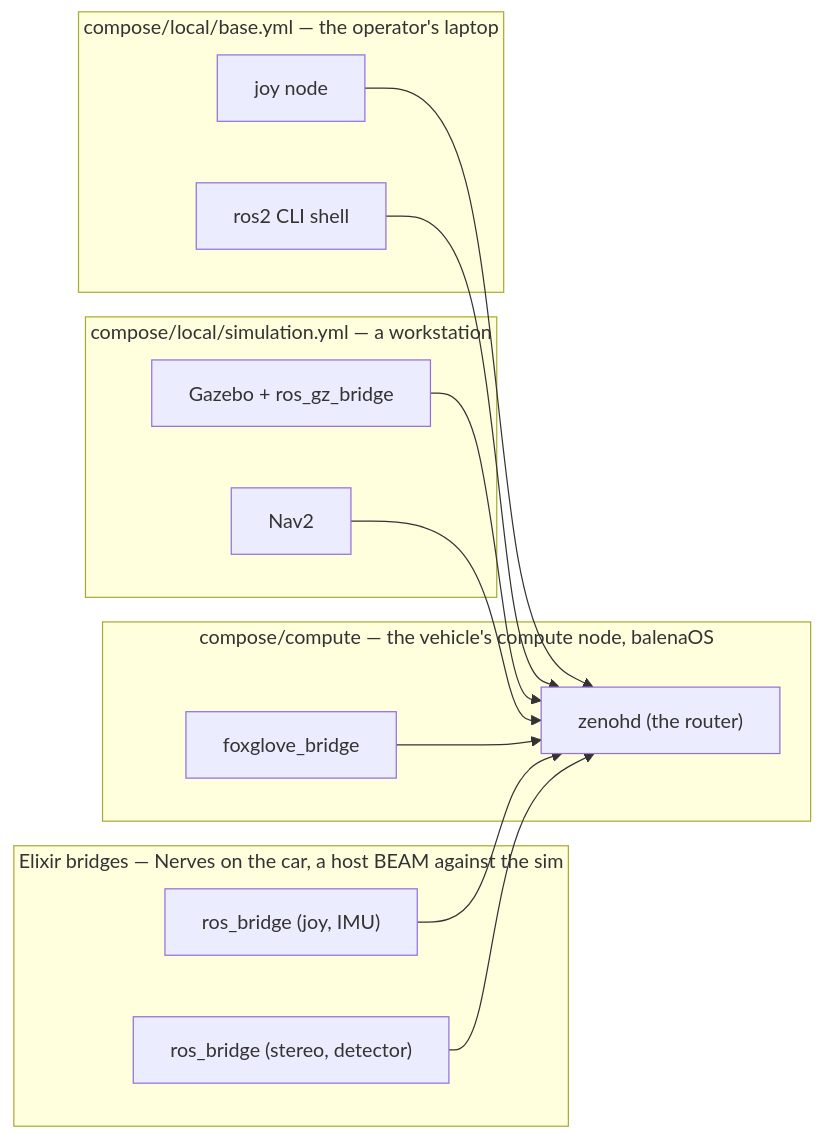
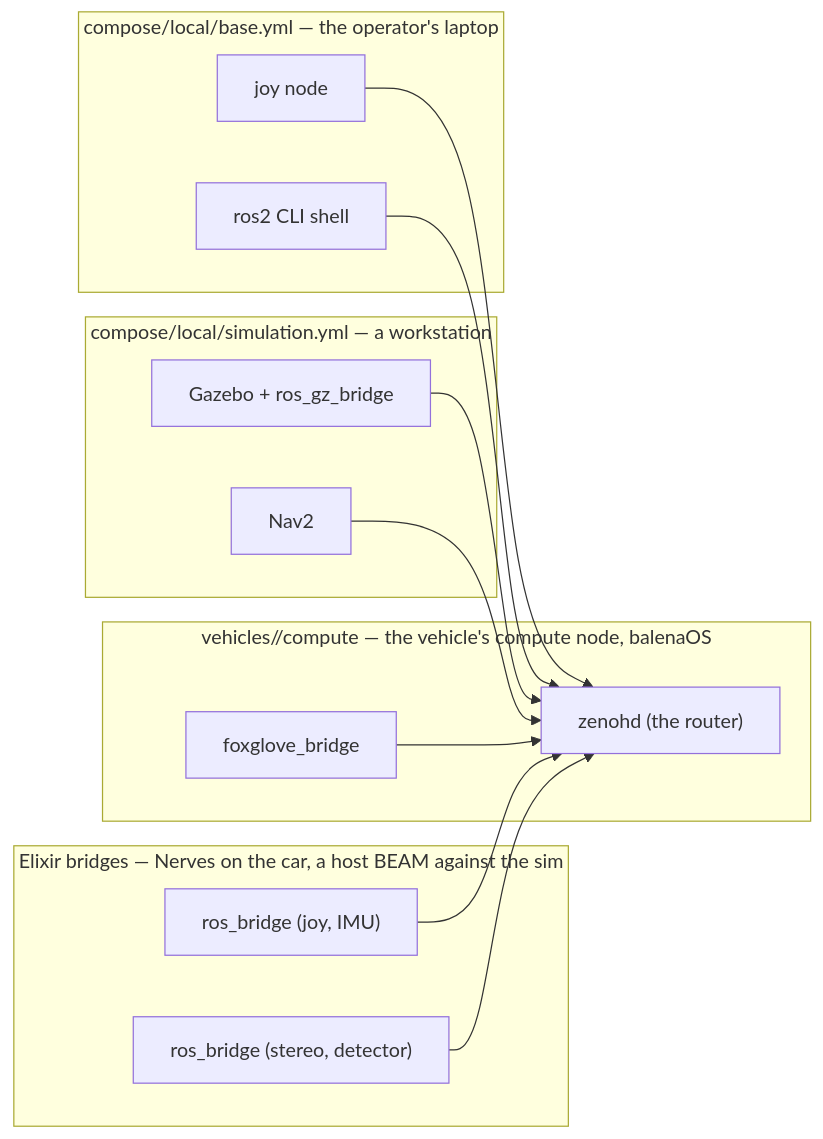
One commit to open-vehicle-control-system/ovcs changed the first of 8 diagrams in docs/ros2_integration.md. Above: the diagram before and after it, drawn with Mermaid. The commit also changed other lines of this file and 54 other files, not shown here.

````diff
--- a/docs/ros2_integration.md
+++ b/docs/ros2_integration.md
@@ -38,26 +38,26 @@
 ```mermaid
 flowchart LR
-    subgraph vehicle["compose/compute — the vehicle's compute node, balenaOS"]
+    subgraph vehicle["vehicles/<name>/compute — the vehicle's compute node, balenaOS"]
         zenohd["zenohd (the router)"]
         foxglove["foxglove_bridge"]
     end
     subgraph base["compose/local/base.yml — the operator's laptop"]
         joy["joy node"]
         cli["ros2 CLI shell"]
     end
     subgraph sim["compose/local/simulation.yml — a workstation"]
         gz["Gazebo + ros_gz_bridge"]
         nav2["Nav2"]
     end
     subgraph elixir["Elixir bridges — Nerves on the car, a host BEAM against the sim"]
         rosbr["ros_bridge (joy, IMU)"]
         percep["ros_bridge (stereo, detector)"]
     end
     joy --> zenohd
     cli --> zenohd
     gz --> zenohd
     nav2 --> zenohd
     rosbr --> zenohd
     percep --> zenohd
     foxglove --> zenohd
 ```
````
